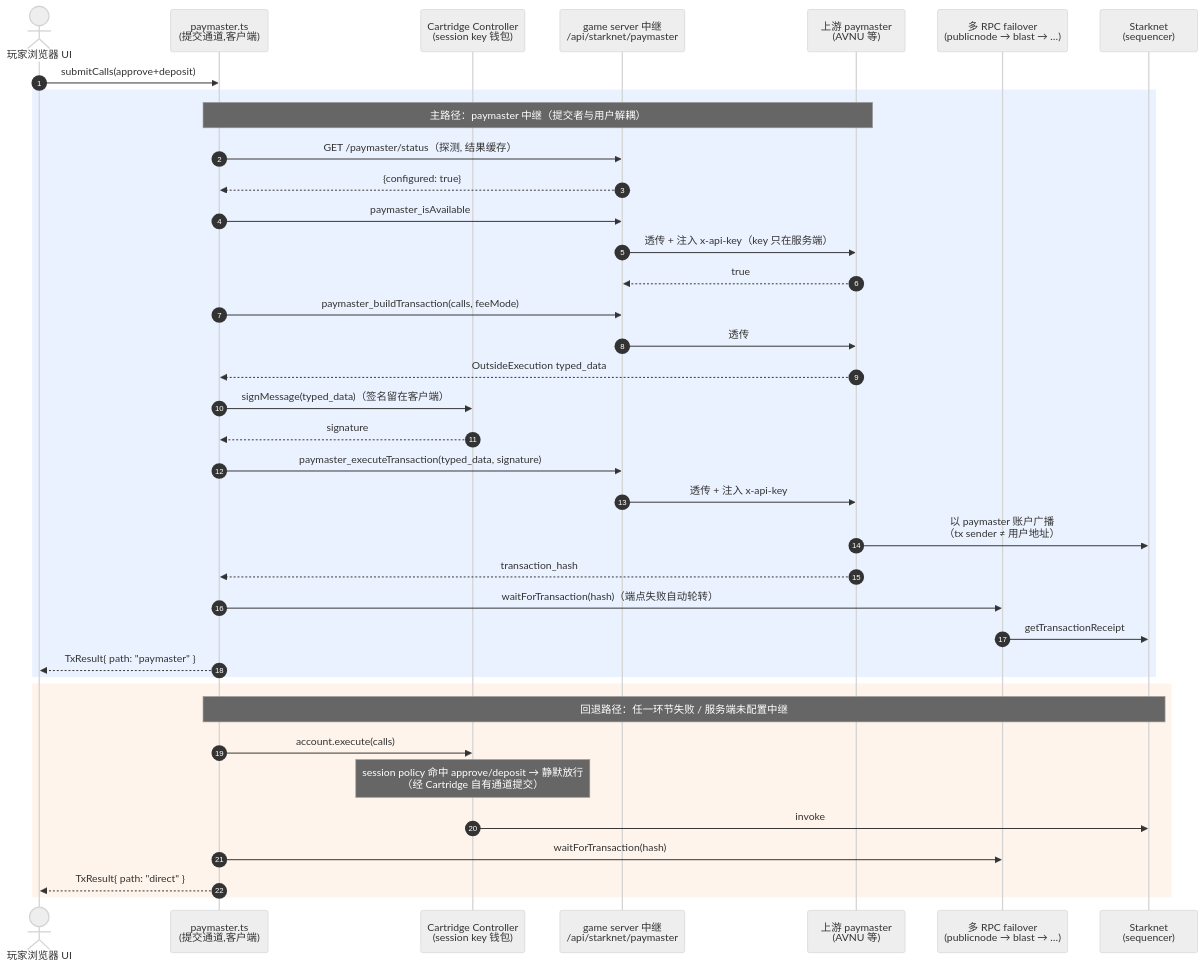
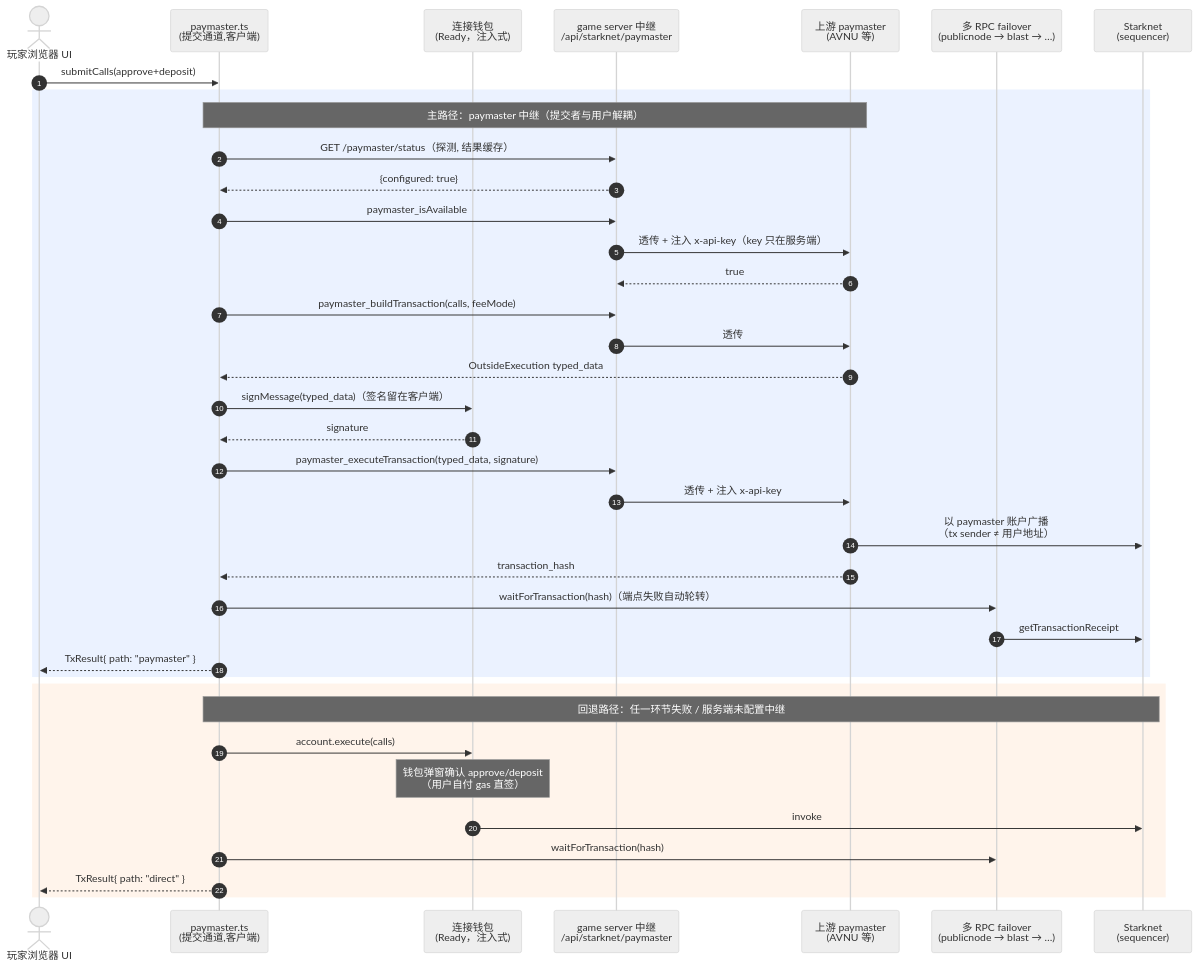
One commit to linqining/poker_texas_air changed the diagram in docs/starknet-plan-c-execution.md. Above: the diagram before and after it, drawn with Mermaid (neutral theme). The commit also changed other lines of this file and 15 other files, not shown here.

````diff
--- a/docs/starknet-plan-c-execution.md
+++ b/docs/starknet-plan-c-execution.md
@@ -14,43 +14,43 @@
 ```mermaid
 sequenceDiagram
     autonumber
     actor U as 玩家浏览器 UI
     participant P as paymaster.ts<br/>(提交通道,客户端)
-    participant C as Cartridge Controller<br/>(session key 钱包)
+    participant C as 连接钱包<br/>(Ready，注入式)
     participant R as game server 中继<br/>/api/starknet/paymaster
     participant A as 上游 paymaster<br/>(AVNU 等)
     participant N as 多 RPC failover<br/>(publicnode → blast → …)
     participant S as Starknet<br/>(sequencer)
 
     U->>P: submitCalls(approve+deposit)
 
     rect rgb(235, 242, 255)
         note over P,A: 主路径：paymaster 中继（提交者与用户解耦）
         P->>R: GET /paymaster/status（探测, 结果缓存）
         R-->>P: {configured: true}
         P->>R: paymaster_isAvailable
         R->>A: 透传 + 注入 x-api-key（key 只在服务端）
         A-->>R: true
         P->>R: paymaster_buildTransaction(calls, feeMode)
         R->>A: 透传
         A-->>P: OutsideExecution typed_data
         P->>C: signMessage(typed_data)（签名留在客户端）
         C-->>P: signature
         P->>R: paymaster_executeTransaction(typed_data, signature)
         R->>A: 透传 + 注入 x-api-key
         A->>S: 以 paymaster 账户广播<br/>（tx sender ≠ 用户地址）
         A-->>P: transaction_hash
         P->>N: waitForTransaction(hash)（端点失败自动轮转）
         N->>S: getTransactionReceipt
         P-->>U: TxResult{ path: "paymaster" }
     end
 
     rect rgb(255, 244, 235)
         note over P,S: 回退路径：任一环节失败 / 服务端未配置中继
         P->>C: account.execute(calls)
-        note over C: session policy 命中 approve/deposit → 静默放行<br/>（经 Cartridge 自有通道提交）
+        note over C: 钱包弹窗确认 approve/deposit<br/>（用户自付 gas 直签）
         C->>S: invoke
         P->>N: waitForTransaction(hash)
         P-->>U: TxResult{ path: "direct" }
     end
 ```
````
